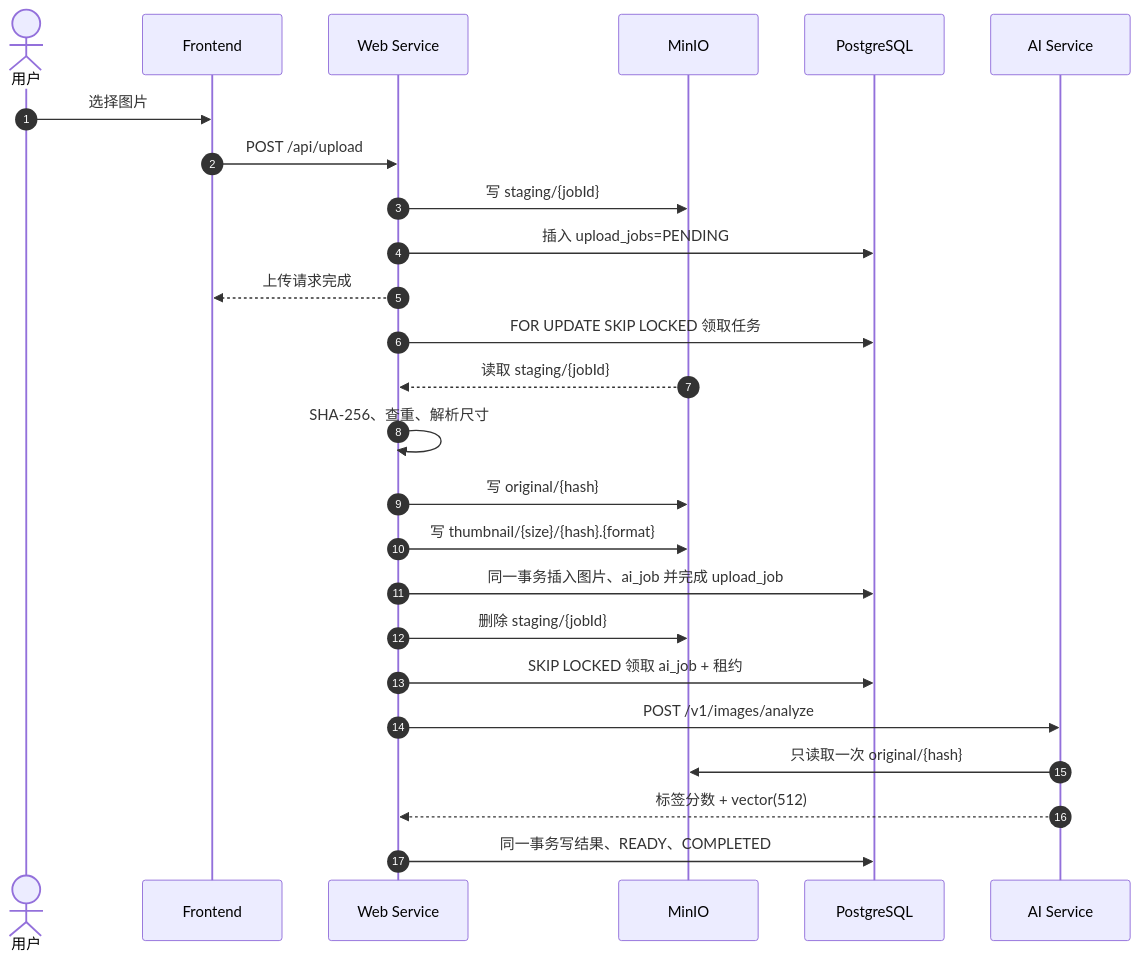
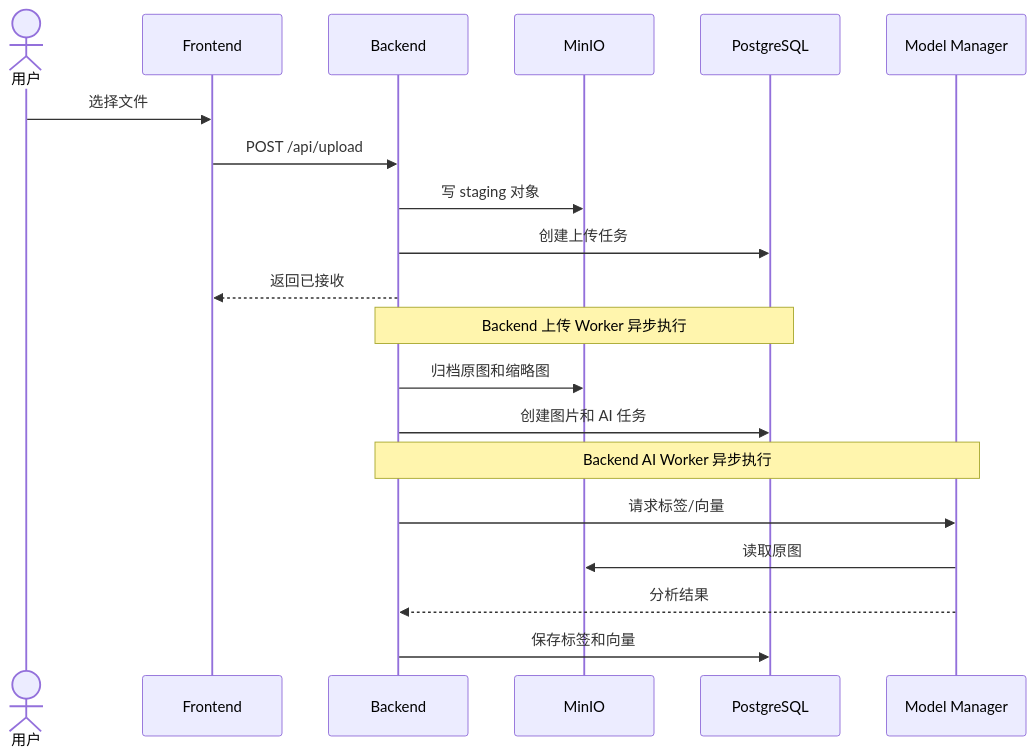
The second of 2 diagrams in docs/architecture.md (tamakara/bakabooru), drawn with Mermaid before and after one commit. The commit also changed other lines of this file and 161 other files, not shown here.

````diff
--- a/docs/architecture.md
+++ b/docs/architecture.md
@@ -46,29 +31,22 @@
 ```mermaid
 sequenceDiagram
-    autonumber
-    actor U as 用户
-    participant F as Frontend
-    participant W as Web Service
-    participant M as MinIO
-    participant P as PostgreSQL
-    participant A as AI Service
-
-    U->>F: 选择图片
-    F->>W: POST /api/upload
-    W->>M: 写 staging/{jobId}
-    W->>P: 插入 upload_jobs=PENDING
-    W-->>F: 上传请求完成
-
-    W->>P: FOR UPDATE SKIP LOCKED 领取任务
-    M-->>W: 读取 staging/{jobId}
-    W->>W: SHA-256、查重、解析尺寸
-    W->>M: 写 original/{hash}
-    W->>M: 写 thumbnail/{size}/{hash}.{format}
-    W->>P: 同一事务插入图片、ai_job 并完成 upload_job
-    W->>M: 删除 staging/{jobId}
-    W->>P: SKIP LOCKED 领取 ai_job + 租约
-    W->>A: POST /v1/images/analyze
-    A->>M: 只读取一次 original/{hash}
-    A-->>W: 标签分数 + vector(512)
-    W->>P: 同一事务写结果、READY、COMPLETED
+    actor User as 用户
+    participant UI as Frontend
+    participant API as Backend
+    participant Store as MinIO
+    participant DB as PostgreSQL
+    participant Model as Model Manager
+    User->>UI: 选择文件
+    UI->>API: POST /api/upload
+    API->>Store: 写 staging 对象
+    API->>DB: 创建上传任务
+    API-->>UI: 返回已接收
+    Note over API,DB: Backend 上传 Worker 异步执行
+    API->>Store: 归档原图和缩略图
+    API->>DB: 创建图片和 AI 任务
+    Note over API,Model: Backend AI Worker 异步执行
+    API->>Model: 请求标签/向量
+    Model->>Store: 读取原图
+    Model-->>API: 分析结果
+    API->>DB: 保存标签和向量
 ```
````
